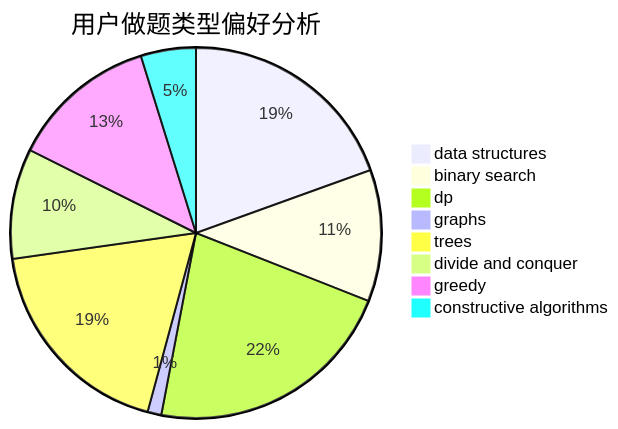
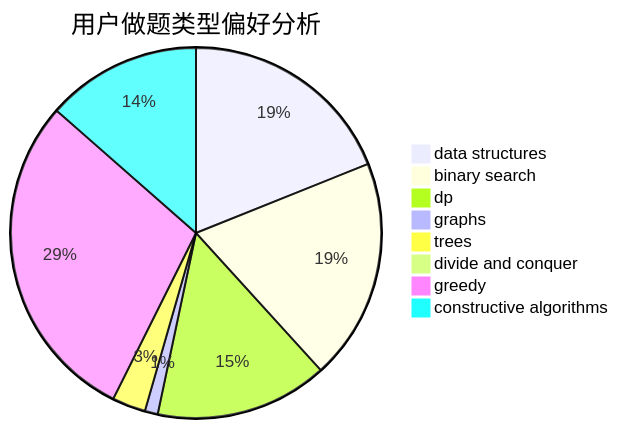
Before and after one commit to sherpahu/cfrs.github.io: the second of 3 diagrams in docs/user/u939.md, drawn with Mermaid. The commit also changed other lines of this file and 2770 other files, not shown here.

````diff
--- a/docs/user/u939.md
+++ b/docs/user/u939.md
@@ -23,11 +23,11 @@
 ```mermaid
 pie title 用户做题类型偏好分析
-    "data structures" :  146
-    "binary search" :  86
-    "dp" :  165
-    "graphs" :  9
-    "trees" :  139
-    "divide and conquer" :  72
-    "greedy" :  96
-    "constructive algorithms" :  36
+    "data structures" :  519
+    "binary search" :  530
+    "dp" :  413
+    "graphs" :  31
+    "trees" :  80
+    "divide and conquer" :  1
+    "greedy" :  798
+    "constructive algorithms" :  371
 ```
````
